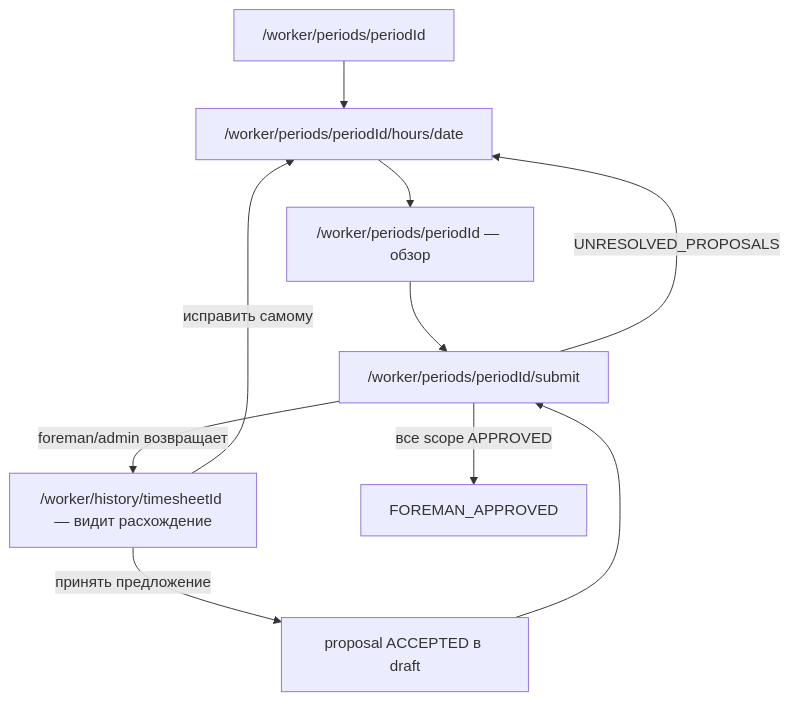
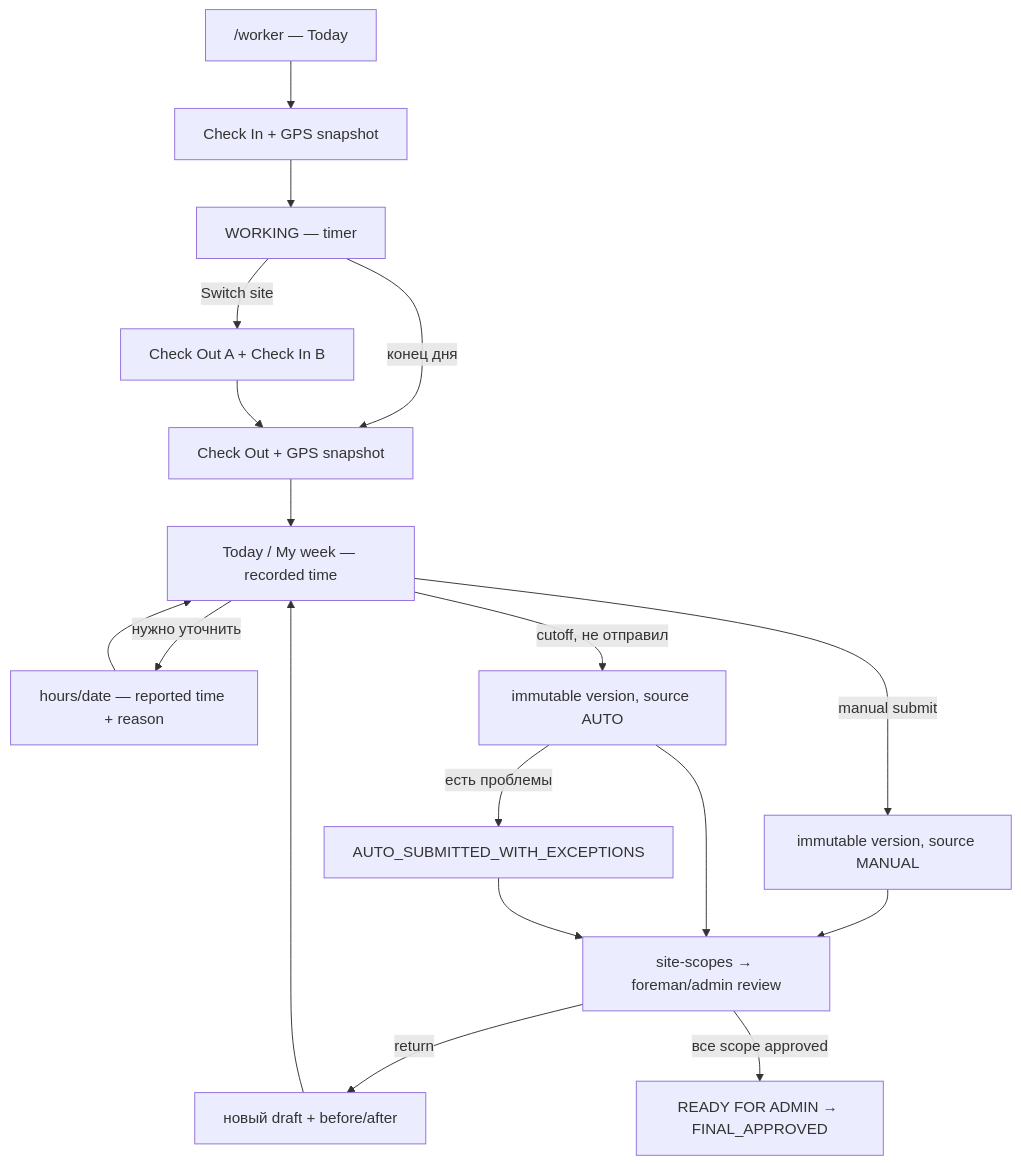
The third of 4 diagrams in docs/titanor-time/01_SCREEN_MAP.md (Hamec01/titangroup), drawn with Mermaid before and after one commit. The commit also changed other lines of this file and 2 other files, not shown here.

Commit message:
docs(time): define mobile attendance workflow

````diff
--- a/docs/titanor-time/01_SCREEN_MAP.md
+++ b/docs/titanor-time/01_SCREEN_MAP.md
@@ -864,12 +900,20 @@
 ```mermaid
 flowchart TD
-    W1["/worker/periods/periodId"] --> W2["/worker/periods/periodId/hours/date"]
-    W2 --> W3["/worker/periods/periodId — обзор"]
-    W3 --> W4["/worker/periods/periodId/submit"]
-    W4 -->|UNRESOLVED_PROPOSALS| W2
-    W4 -->|foreman/admin возвращает| W5["/worker/history/timesheetId — видит расхождение"]
-    W5 -->|принять предложение| W5b["proposal ACCEPTED в draft"]
-    W5b --> W4
-    W5 -->|исправить самому| W2
-    W4 -->|все scope APPROVED| W6["FOREMAN_APPROVED"]
+    W1["/worker — Today"] --> W2["Check In + GPS snapshot"]
+    W2 --> W3["WORKING — timer"]
+    W3 -->|Switch site| W4["Check Out A + Check In B"]
+    W3 -->|конец дня| W5["Check Out + GPS snapshot"]
+    W4 --> W5
+    W5 --> W6["Today / My week — recorded time"]
+    W6 -->|нужно уточнить| W7["hours/date — reported time + reason"]
+    W7 --> W6
+    W6 -->|manual submit| W8["immutable version, source MANUAL"]
+    W6 -->|cutoff, не отправил| W9["immutable version, source AUTO"]
+    W9 -->|есть проблемы| W10["AUTO_SUBMITTED_WITH_EXCEPTIONS"]
+    W8 --> W11["site-scopes → foreman/admin review"]
+    W9 --> W11
+    W10 --> W11
+    W11 -->|return| W12["новый draft + before/after"]
+    W12 --> W6
+    W11 -->|все scope approved| W13["READY FOR ADMIN → FINAL_APPROVED"]
 ```
````
